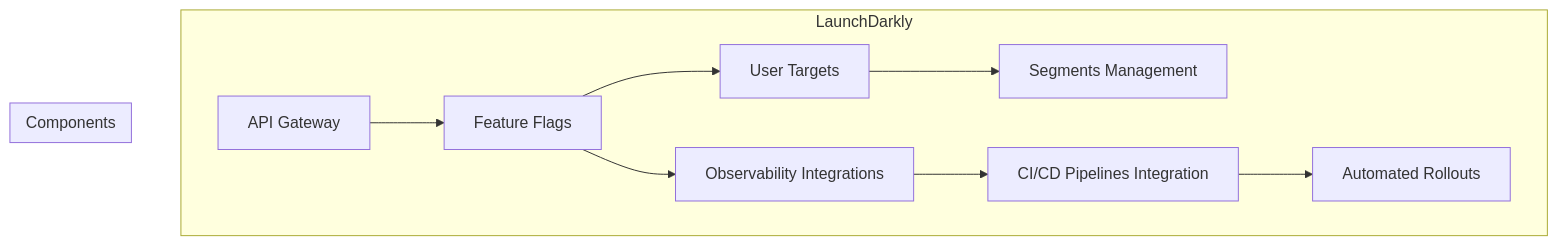
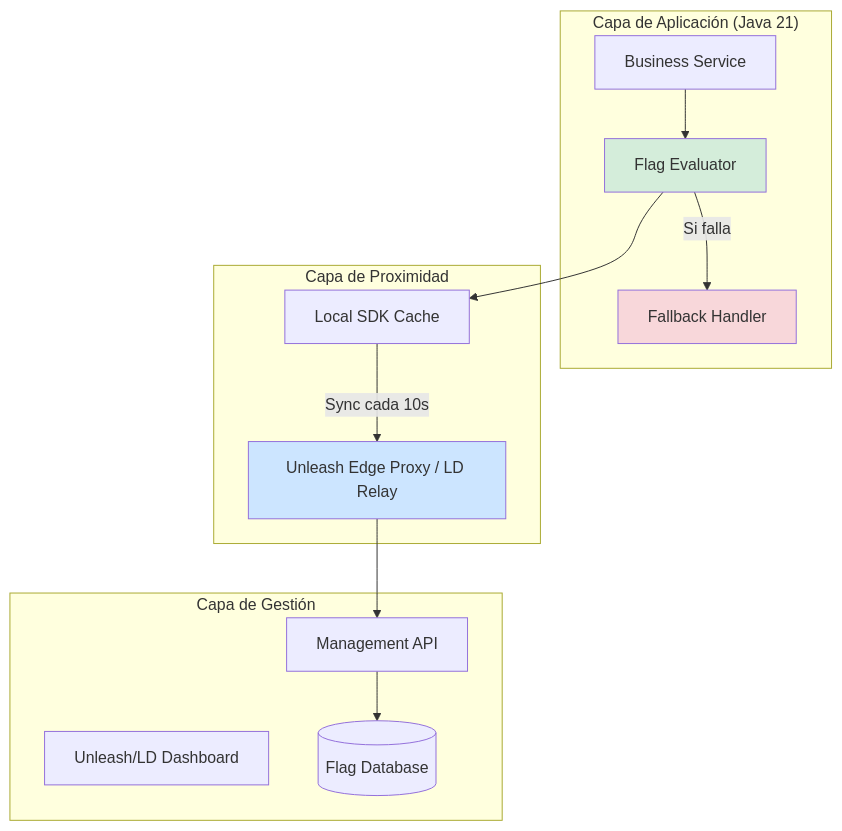
Before and after one commit to Joaquinriosheredia/DAM-Java-Mastery: the second of 5 diagrams in _Review/feature_flags_y_progressive_delivery_con_unleash_y_launchdarkly/feature_flags_y_progressive_delivery_con_unleash_y_launchdarkly.md, drawn with Mermaid. The commit also changed other lines of this file, not shown here.

First line of the commit message:
Feature Flags y Progressive Delivery con Unleash y LaunchDarkly en Java 21

````diff
--- a/_Review/feature_flags_y_progressive_delivery_con_unleash_y_launchdarkly/feature_flags_y_progressive_delivery_con_unleash_y_launchdarkly.md
+++ b/_Review/feature_flags_y_progressive_delivery_con_unleash_y_launchdarkly/feature_flags_y_progressive_delivery_con_unleash_y_launchdarkly.md
@@ -75,20 +74,30 @@
 ```mermaid
 graph TD
-  subgraph "LaunchDarkly"
-    A[API Gateway] --> B[Feature Flags]
-    B --> C[User Targets]
-    B --> D[Observability Integrations]
-    C --> E[Segments Management]
-    D --> F[CI/CD Pipelines Integration]
-    F --> G[Automated Rollouts]
-  end
-  subgraph "Components"
-    A;
-    B;
-    C;
-    D;
-    E;
-    F;
-    G;
-  end
+    subgraph "Capa de Aplicación (Java 21)"
+        SVC[Business Service]
+        EVAL[Flag Evaluator]
+        FALLBACK[Fallback Handler]
+    end
+    
+    subgraph "Capa de Proximidad"
+        RELAY[Unleash Edge Proxy / LD Relay]
+        CACHE[Local SDK Cache]
+    end
+    
+    subgraph "Capa de Gestión"
+        UI[Unleash/LD Dashboard]
+        API[Management API]
+        DB[(Flag Database)]
+    end
+    
+    SVC --> EVAL
+    EVAL --> CACHE
+    CACHE -->|Sync cada 10s| RELAY
+    RELAY --> API
+    API --> DB
+    EVAL -->|Si falla| FALLBACK
+    
+    style EVAL fill:#d4edda
+    style RELAY fill:#cce5ff
+    style FALLBACK fill:#f8d7da
 ```
````
